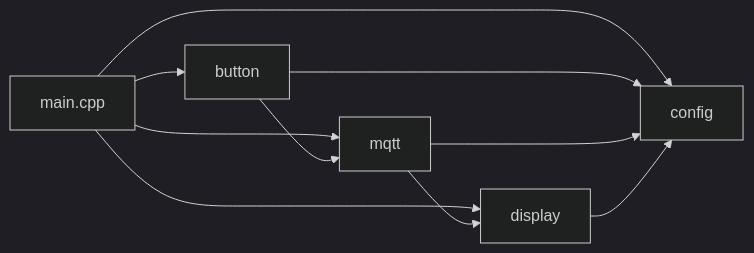
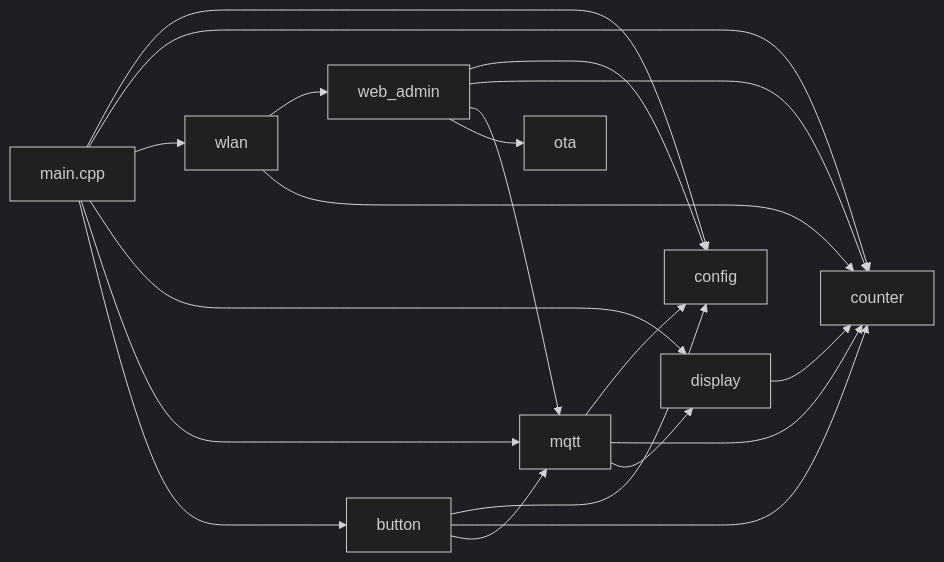
One commit to EyJunge1/chaya2mqtt changed the first of 4 diagrams in docs/ARCHITECTURE.md. Above: the diagram before and after it, drawn with Mermaid (dark theme). The commit also changed other lines of this file and 17 other files, not shown here.

First line of the commit message:
Refactor firmware architecture and module organization

````diff
--- a/docs/ARCHITECTURE.md
+++ b/docs/ARCHITECTURE.md
@@ -19,18 +25,32 @@
 ```mermaid
 flowchart LR
     main[main.cpp]
     cfg[config]
+    ctr[counter]
+    wlan[wlan]
+    web[web_admin]
+    otaMod[ota]
     dsp[display]
     mq[mqtt]
     btn[button]
 
     main --> cfg
+    main --> ctr
+    main --> wlan
     main --> dsp
     main --> mq
     main --> btn
     btn --> cfg
+    btn --> ctr
     btn --> mq
     mq --> cfg
+    mq --> ctr
     mq --> dsp
-    dsp --> cfg
+    dsp --> ctr
+    wlan --> web
+    wlan --> ctr
+    web --> cfg
+    web --> ctr
+    web --> mq
+    web --> otaMod
 ```
````
